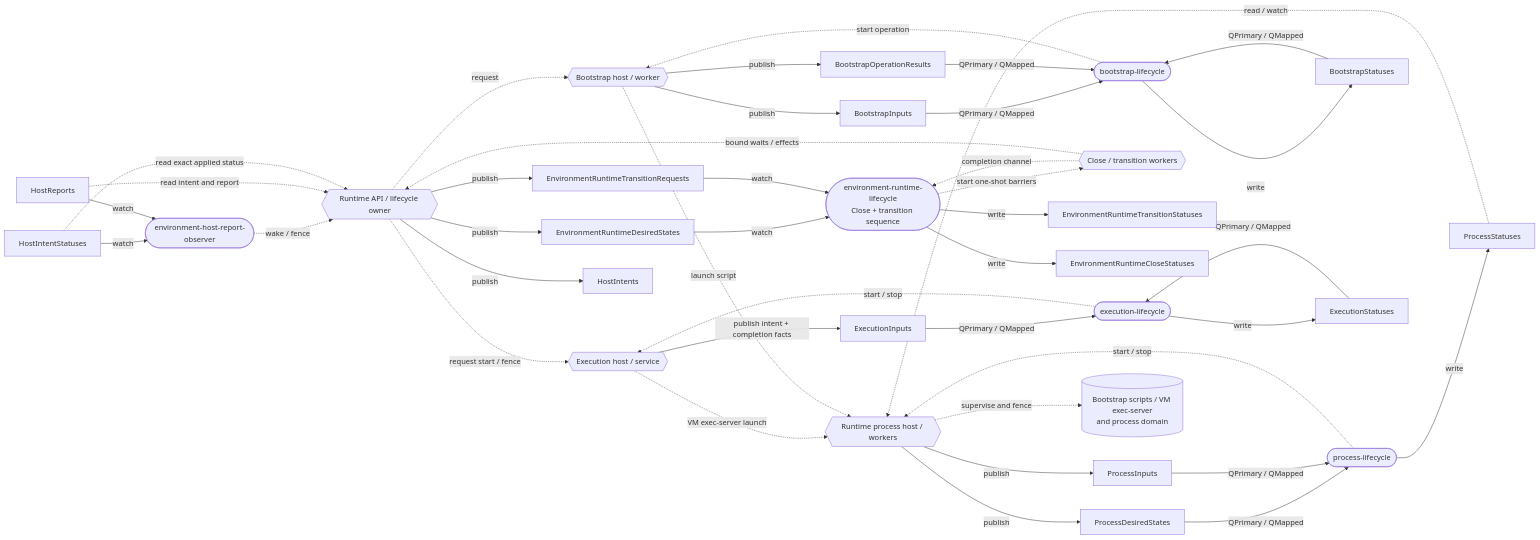
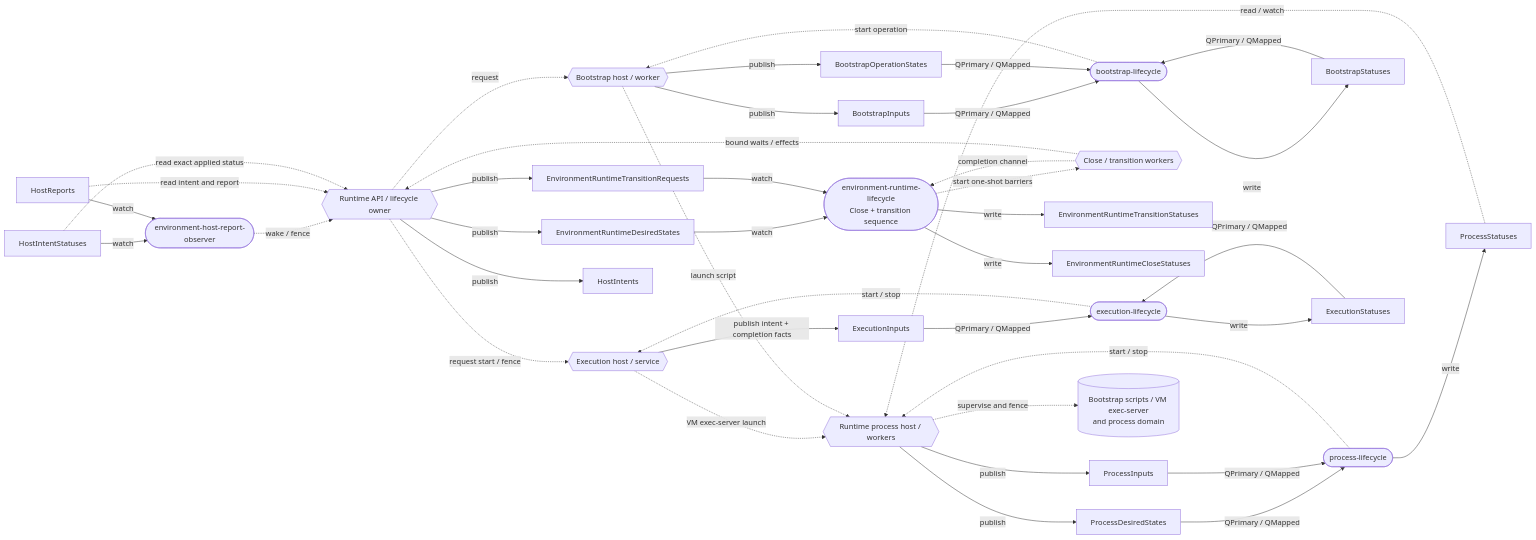
Before and after one commit to agentydragon/ducktape: the first of 7 diagrams in agentplane/env/runtime/docs/cosi.md, drawn with Mermaid. The commit also changed other lines of this file and 14 other files, not shown here.

Commit message:
agentplane/env: name one-off COSI operation states

````diff
--- a/agentplane/env/runtime/docs/cosi.md
+++ b/agentplane/env/runtime/docs/cosi.md
@@ -18,58 +18,58 @@
 ```mermaid
 flowchart LR
   API{{"Runtime API / lifecycle owner"}}
   BH{{"Bootstrap host / worker"}}
   PH{{"Runtime process host / workers"}}
   RC(["environment-runtime-lifecycle<br/>Close + transition sequence"])
   HO(["environment-host-report-observer"])
   BC(["bootstrap-lifecycle"])
   PC(["process-lifecycle"])
   EC(["execution-lifecycle"])
   EH{{"Execution host / service"}}
   CW{{"Close / transition workers"}}
   ED["EnvironmentRuntimeDesiredStates"]
   TR["EnvironmentRuntimeTransitionRequests"]
   TS["EnvironmentRuntimeTransitionStatuses"]
   CL["EnvironmentRuntimeCloseStatuses"]
   I["HostIntents"]
   IS["HostIntentStatuses"]
   R["HostReports"]
   BI["BootstrapInputs"]
-  BO["BootstrapOperationResults"]
+  BO["BootstrapOperationStates"]
   BR["BootstrapStatuses"]
   PD["ProcessDesiredStates"]
   PI["ProcessInputs"]
   PS["ProcessStatuses"]
   EI["ExecutionInputs"]
   ER["ExecutionStatuses"]
   Native[("Bootstrap scripts / VM exec-server<br/>and process domain")]
 
   API -->|publish| ED & TR & I
   ED & TR -->|watch| RC
   RC -->|write| CL & TS
   RC -.->|start one-shot barriers| CW
   CW -.->|completion channel| RC
   CW -.->|bound waits / effects| API
   API -.->|request start / fence| EH
   EH -->|publish intent + completion facts| EI
   EI & ER -->|QPrimary / QMapped| EC
   EC -->|write| ER
   EC -.->|start / stop| EH
   EH -.->|VM exec-server launch| PH
   IS & R -->|watch| HO
   HO -.->|wake / fence| API
   R -.->|read intent and report| API
   IS -.->|read exact applied status| API
   API -.->|request| BH
   BH -->|publish| BI & BO
   BI & BO & BR -->|QPrimary / QMapped| BC
   BC -->|write| BR
   BC -.->|start operation| BH
   BH -.->|launch script| PH
   PH -->|publish| PD & PI
   PD & PI -->|QPrimary / QMapped| PC
   PC -->|write| PS
   PC -.->|start / stop| PH
   PH -.->|supervise and fence| Native
   PS -.->|read / watch| PH
 ```
````
